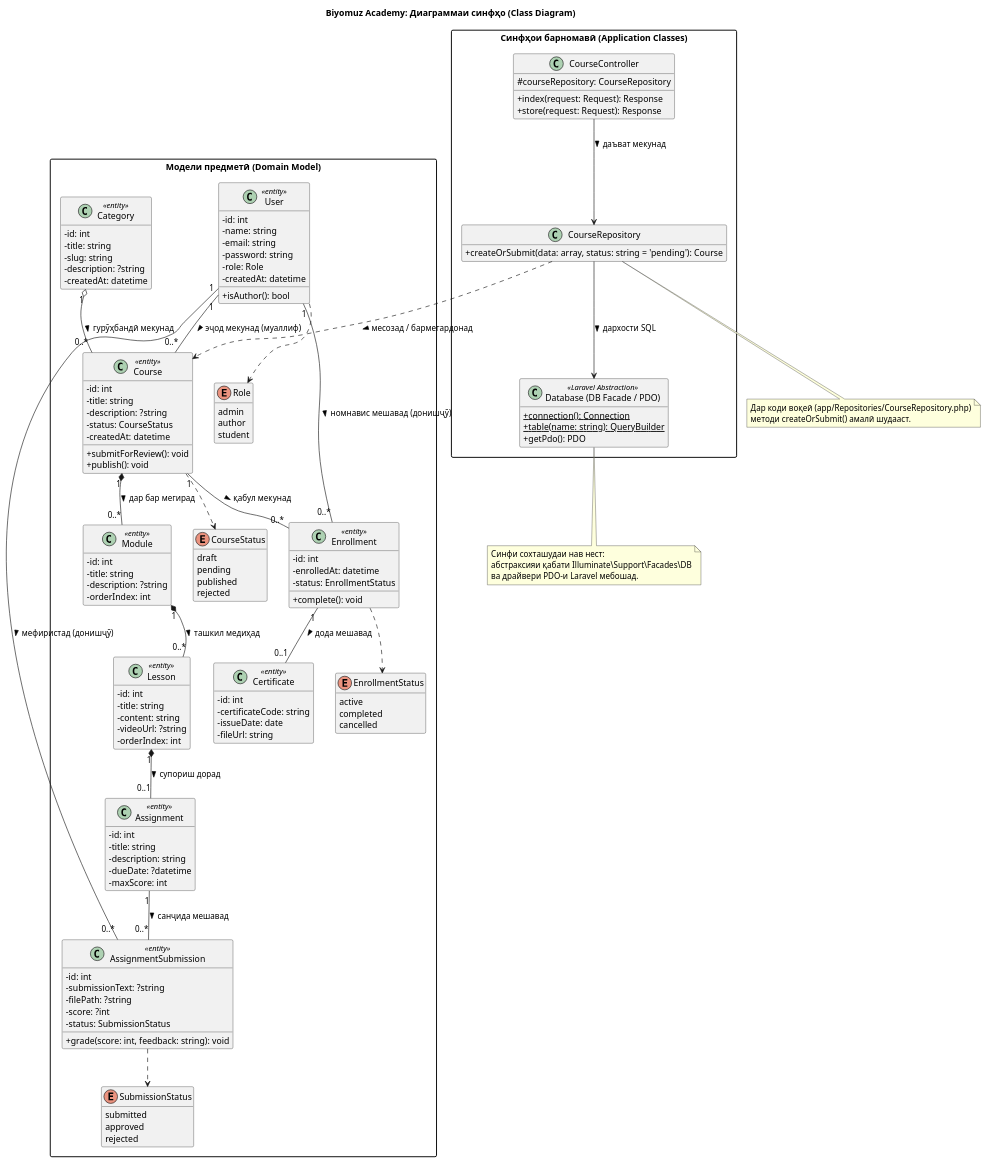
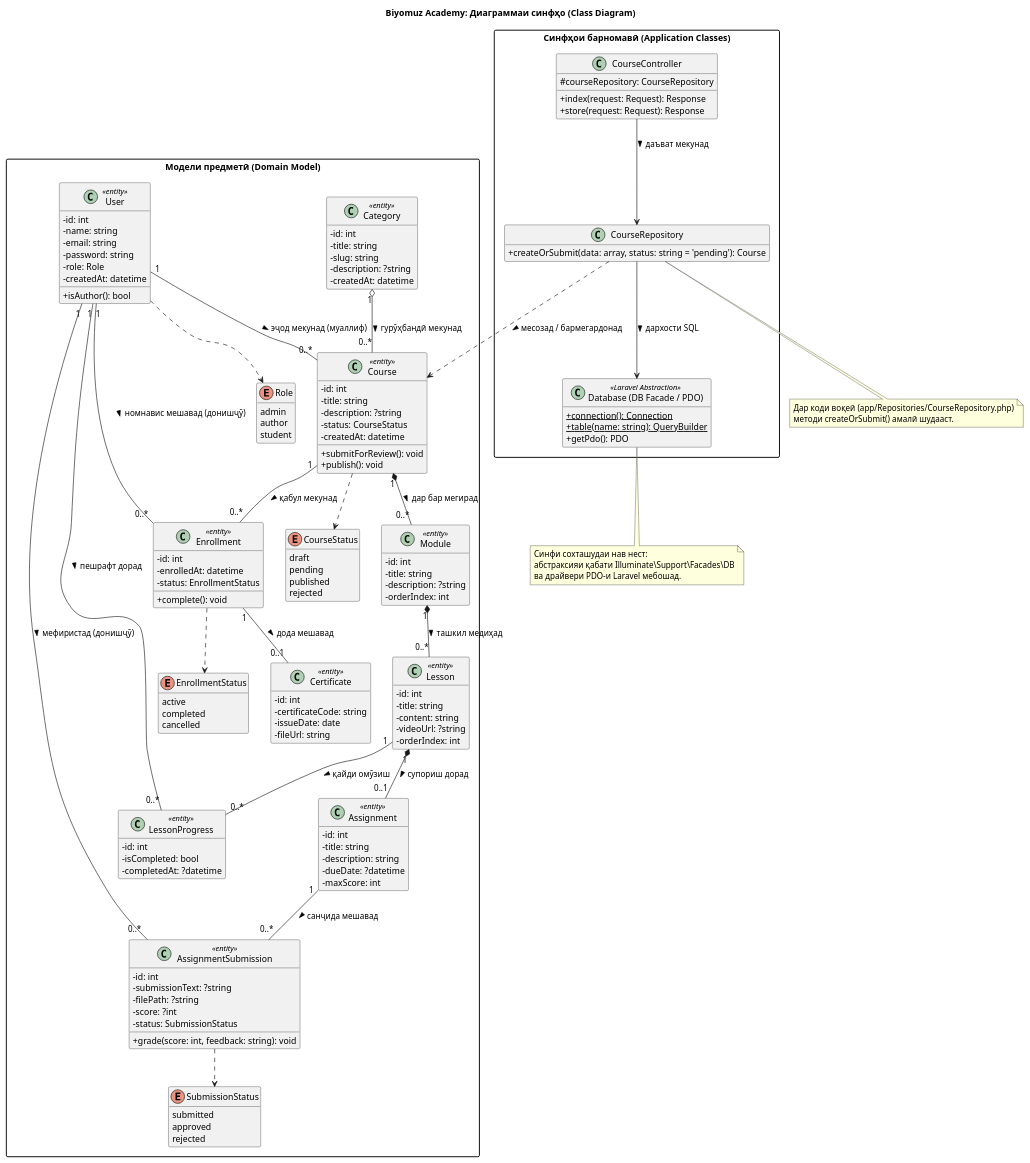
One commit to zuhriddingafforov7-cell/kurskhoi-online changed the diagram in docs/05-structure/class.puml. Above: the diagram before and after it, drawn with PlantUML. The commit also changed 4 other files, not shown here.

Commit message:
docs: finalize lab-06 logical model and ER diagram

```diff
--- a/docs/05-structure/class.puml
+++ b/docs/05-structure/class.puml
@@ -1,166 +1,175 @@
 @startuml class
 title Biyomuz Academy: Диаграммаи синфҳо (Class Diagram)
 skinparam classAttributeIconSize 0
 skinparam packageStyle rectangle
 skinparam shadowing false
 hide empty members
 
 package "Модели предметӣ (Domain Model)" {
 
   enum Role {
     admin
     author
     student
   }
 
   enum CourseStatus {
     draft
     pending
     published
     rejected
   }
 
   enum SubmissionStatus {
     submitted
     approved
     rejected
   }
 
   enum EnrollmentStatus {
     active
     completed
     cancelled
   }
 
   class User <<entity>> {
     - id: int
     - name: string
     - email: string
     - password: string
     - role: Role
     - createdAt: datetime
     + isAuthor(): bool
   }
 
   class Category <<entity>> {
     - id: int
     - title: string
     - slug: string
     - description: ?string
     - createdAt: datetime
   }
 
   class Course <<entity>> {
     - id: int
     - title: string
     - description: ?string
     - status: CourseStatus
     - createdAt: datetime
     + submitForReview(): void
     + publish(): void
   }
 
   class Module <<entity>> {
     - id: int
     - title: string
     - description: ?string
     - orderIndex: int
   }
 
   class Lesson <<entity>> {
     - id: int
     - title: string
     - content: string
     - videoUrl: ?string
     - orderIndex: int
   }
 
   class Enrollment <<entity>> {
     - id: int
     - enrolledAt: datetime
     - status: EnrollmentStatus
     + complete(): void
   }
 
   class Assignment <<entity>> {
     - id: int
     - title: string
     - description: string
     - dueDate: ?datetime
     - maxScore: int
   }
 
   class AssignmentSubmission <<entity>> {
     - id: int
     - submissionText: ?string
     - filePath: ?string
     - score: ?int
     - status: SubmissionStatus
     + grade(score: int, feedback: string): void
   }
 
   class Certificate <<entity>> {
     - id: int
     - certificateCode: string
     - issueDate: date
     - fileUrl: string
   }
+
+  class LessonProgress <<entity>> {
+    - id: int
+    - isCompleted: bool
+    - completedAt: ?datetime
+  }
 }
 
 ' Робитаҳои модели предметӣ бо кратностҳои дақиқ
 Category "1" o-- "0..*" Course : гурӯҳбандӣ мекунад >
 User "1" -- "0..*" Course : эҷод мекунад (муаллиф) >
 Course "1" *-- "0..*" Module : дар бар мегирад >
 Module "1" *-- "0..*" Lesson : ташкил медиҳад >
 Lesson "1" *-- "0..1" Assignment : супориш дорад >
 
 User "1" -- "0..*" Enrollment : номнавис мешавад (донишҷӯ) >
 Course "1" -- "0..*" Enrollment : қабул мекунад >
 
 Assignment "1" -- "0..*" AssignmentSubmission : санҷида мешавад >
 User "1" -- "0..*" AssignmentSubmission : мефиристад (донишҷӯ) >
 
 Enrollment "1" -- "0..1" Certificate : дода мешавад >
+
+User "1" -- "0..*" LessonProgress : пешрафт дорад >
+Lesson "1" -- "0..*" LessonProgress : қайди омӯзиш >
 
 ' Вобастагӣ ба Enum-ҳо
 User ..> Role
 Course ..> CourseStatus
 AssignmentSubmission ..> SubmissionStatus
 Enrollment ..> EnrollmentStatus
 
 package "Синфҳои барномавӣ (Application Classes)" {
 
   class CourseController {
     # courseRepository: CourseRepository
     + index(request: Request): Response
     + store(request: Request): Response
   }
 
   class CourseRepository {
     + createOrSubmit(data: array, status: string = 'pending'): Course
   }
 
   class "Database (DB Facade / PDO)" as Database <<Laravel Abstraction>> {
     + {static} connection(): Connection
     + {static} table(name: string): QueryBuilder
     + getPdo(): PDO
   }
 }
 
 ' Робитаҳои синфҳои барномавӣ
 CourseController --> CourseRepository : даъват мекунад >
 CourseRepository --> Database : дархости SQL >
 CourseRepository ..> Course : месозад / бармегардонад >
 
 note bottom of CourseRepository
   Дар коди воқеӣ (app/Repositories/CourseRepository.php)
   методи createOrSubmit() амалӣ шудааст.
 endnote
 
 note bottom of Database
   Синфи сохташудаи нав нест:
   абстраксияи қабати Illuminate\Support\Facades\DB
   ва драйвери PDO-и Laravel мебошад.
 endnote
 
 @enduml
```
